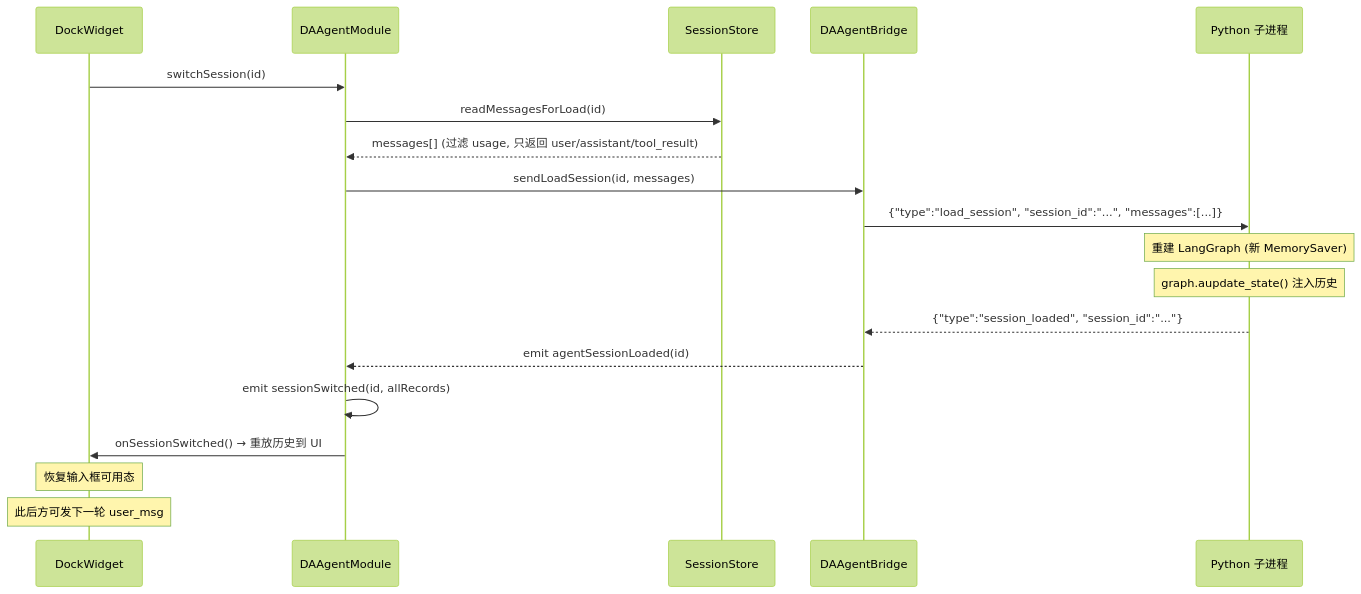
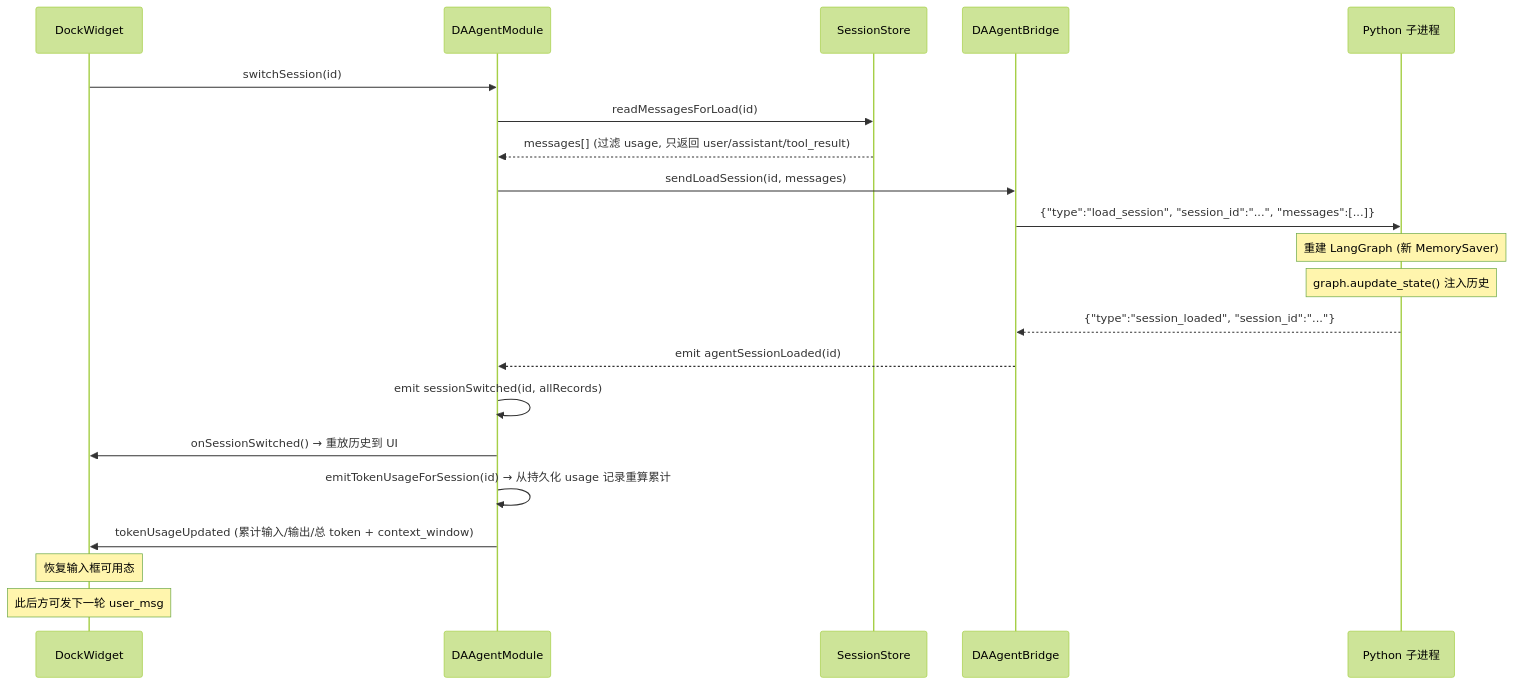
One commit to czyt1988/data-workbench changed the second of 4 diagrams in docs/zh/dev-guide/agent/session-management.md. Above: the diagram before and after it, drawn with Mermaid (forest theme). The commit also changed other lines of this file and 69 other files, not shown here.

````diff
--- a/docs/zh/dev-guide/agent/session-management.md
+++ b/docs/zh/dev-guide/agent/session-management.md
@@ -120,25 +123,27 @@
 ```mermaid
 sequenceDiagram
     participant UI as DockWidget
     participant M as DAAgentModule
     participant S as SessionStore
     participant B as DAAgentBridge
     participant Py as Python 子进程
 
     UI->>M: switchSession(id)
     M->>S: readMessagesForLoad(id)
     S-->>M: messages[] (过滤 usage, 只返回 user/assistant/tool_result)
     M->>B: sendLoadSession(id, messages)
     B->>Py: {"type":"load_session", "session_id":"...", "messages":[...]}
 
     Note over Py: 重建 LangGraph (新 MemorySaver)
     Note over Py: graph.aupdate_state() 注入历史
 
     Py-->>B: {"type":"session_loaded", "session_id":"..."}
     B-->>M: emit agentSessionLoaded(id)
     M->>M: emit sessionSwitched(id, allRecords)
     M->>UI: onSessionSwitched() → 重放历史到 UI
+    M->>M: emitTokenUsageForSession(id) → 从持久化 usage 记录重算累计
+    M->>UI: tokenUsageUpdated (累计输入/输出/总 token + context_window)
 
     Note over UI: 恢复输入框可用态
     Note over UI: 此后方可发下一轮 user_msg
 ```
````
